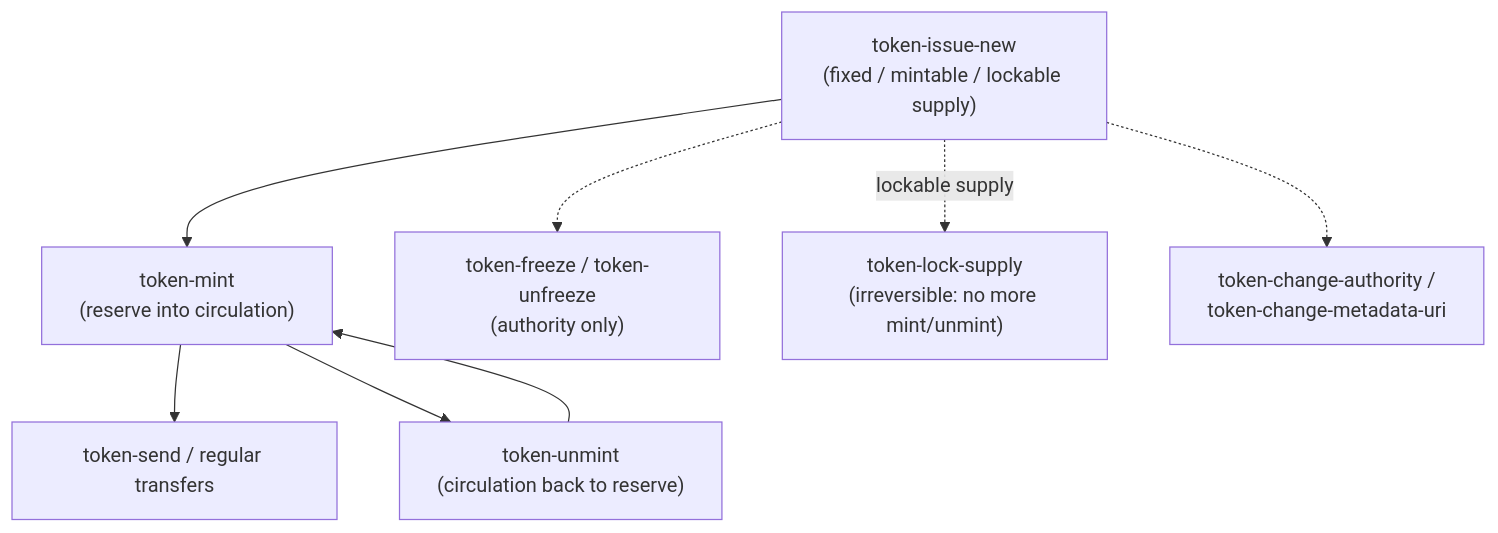
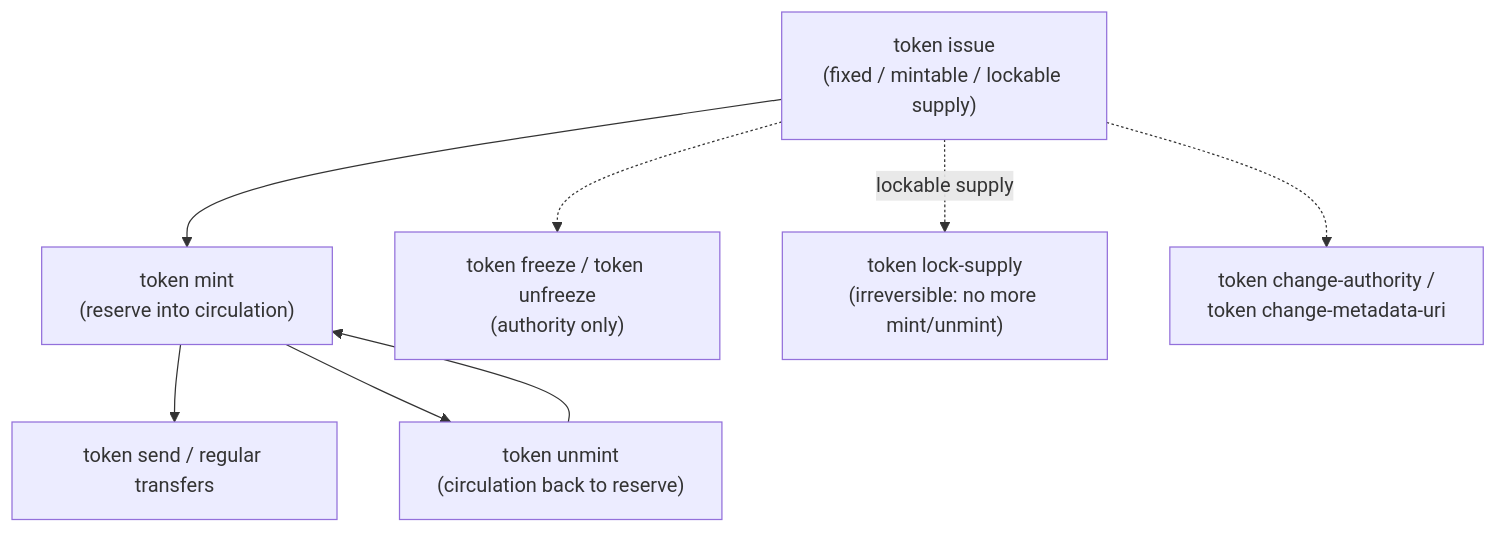
One commit to mintlayer/mintlayer-docs changed the diagram in docs/guides/cli/issue-new-token.md. Above: the diagram before and after it, drawn with Mermaid. The commit also changed other lines of this file and 194 other files, not shown here.

````diff
--- a/docs/guides/cli/issue-new-token.md
+++ b/docs/guides/cli/issue-new-token.md
@@ -26,10 +26,10 @@
 ```mermaid
 flowchart TD
-    ISSUE["token-issue-new<br/>(fixed / mintable / lockable supply)"] --> MINT["token-mint<br/>(reserve into circulation)"]
-    MINT --> SEND["token-send / regular transfers"]
-    MINT --> UNMINT["token-unmint<br/>(circulation back to reserve)"]
+    ISSUE["token issue<br/>(fixed / mintable / lockable supply)"] --> MINT["token mint<br/>(reserve into circulation)"]
+    MINT --> SEND["token send / regular transfers"]
+    MINT --> UNMINT["token unmint<br/>(circulation back to reserve)"]
     UNMINT --> MINT
-    ISSUE -.-> FREEZE["token-freeze / token-unfreeze<br/>(authority only)"]
-    ISSUE -.->|lockable supply| LOCK["token-lock-supply<br/>(irreversible: no more mint/unmint)"]
-    ISSUE -.-> AUTH["token-change-authority /<br/>token-change-metadata-uri"]
+    ISSUE -.-> FREEZE["token freeze / token unfreeze<br/>(authority only)"]
+    ISSUE -.->|lockable supply| LOCK["token lock-supply<br/>(irreversible: no more mint/unmint)"]
+    ISSUE -.-> AUTH["token change-authority /<br/>token change-metadata-uri"]
 ```
````
